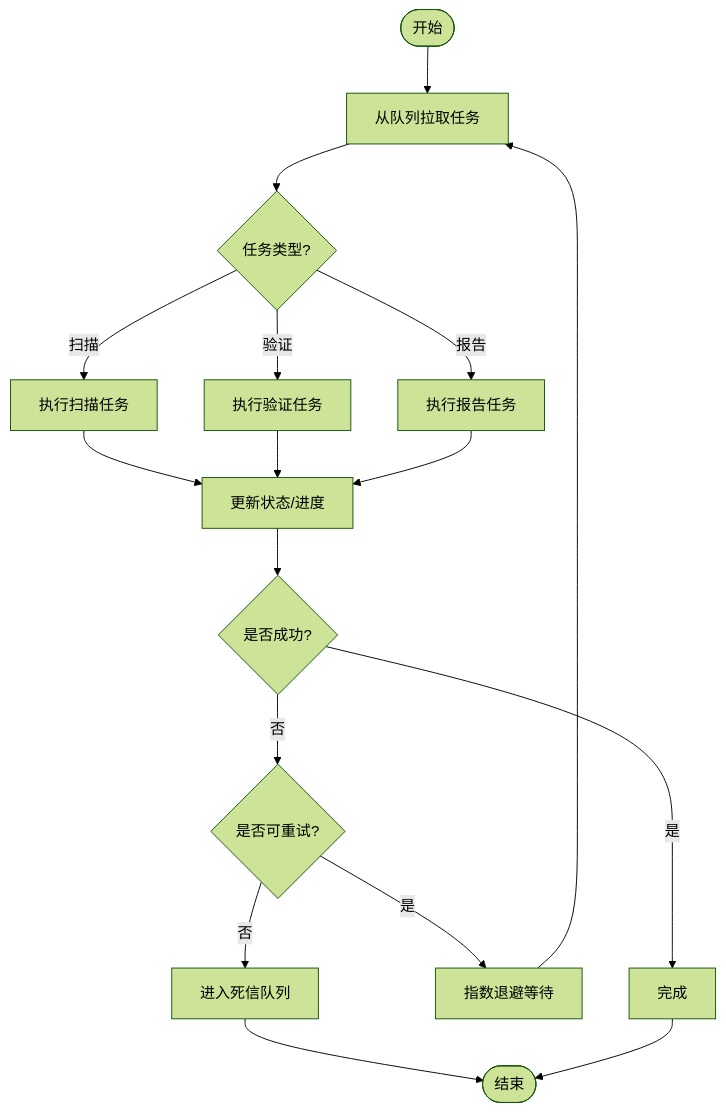
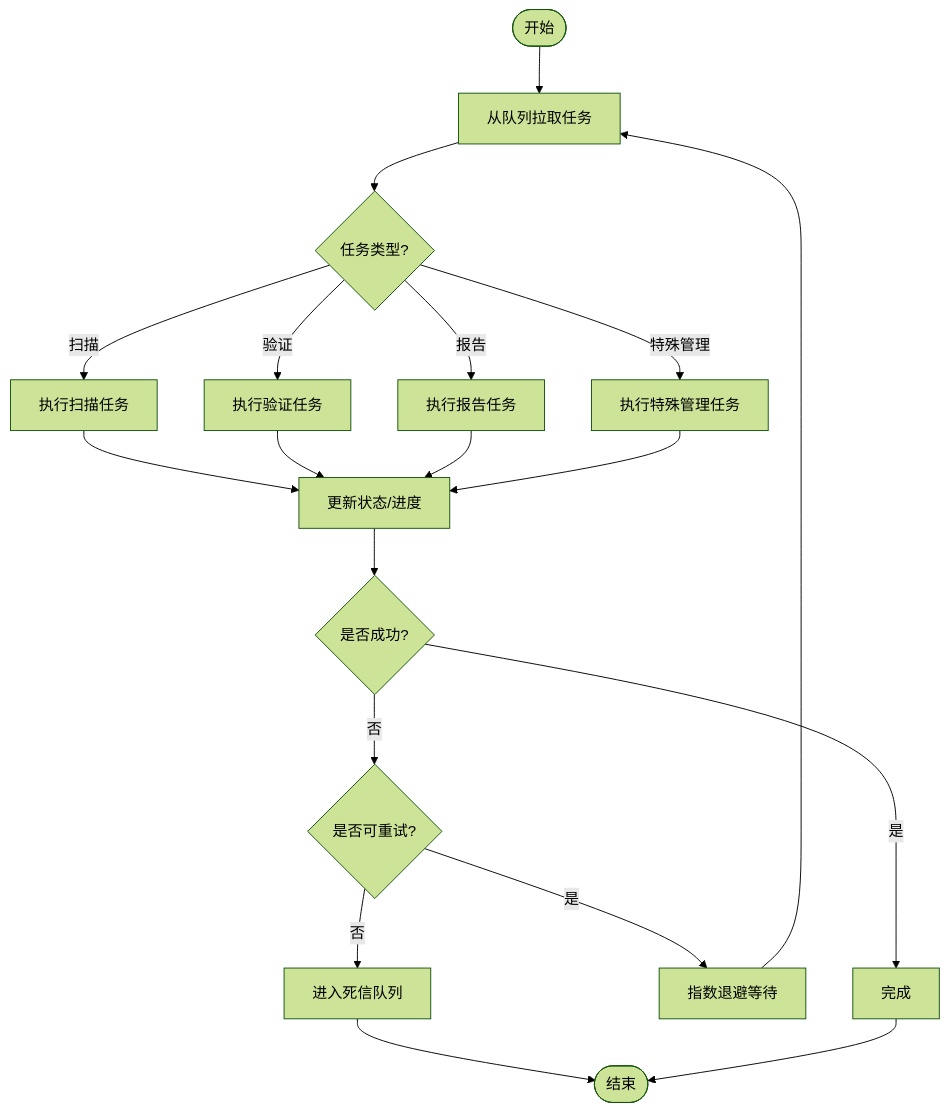
One commit to vu1Art1st/talos changed the fourth of 7 diagrams in .qoder/repowiki/zh/content/业务服务层/测试计划服务.md. Above: the diagram before and after it, drawn with Mermaid (forest theme). The commit also changed other lines of this file and 129 other files, not shown here.

````diff
--- a/.qoder/repowiki/zh/content/业务服务层/测试计划服务.md
+++ b/.qoder/repowiki/zh/content/业务服务层/测试计划服务.md
@@ -191,19 +229,21 @@
 ```mermaid
 flowchart TD
 Start(["开始"]) --> Pull["从队列拉取任务"]
 Pull --> Route{"任务类型?"}
 Route --> |扫描| ExecScan["执行扫描任务"]
 Route --> |验证| ExecVerify["执行验证任务"]
 Route --> |报告| ExecReport["执行报告任务"]
+Route --> |特殊管理| ExecSpecial["执行特殊管理任务"]
 ExecScan --> Update["更新状态/进度"]
 ExecVerify --> Update
 ExecReport --> Update
+ExecSpecial --> Update
 Update --> Next{"是否成功?"}
 Next --> |是| Done["完成"]
 Next --> |否| Retry{"是否可重试?"}
 Retry --> |是| Backoff["指数退避等待"]
 Backoff --> Pull
 Retry --> |否| DeadLetter["进入死信队列"]
 DeadLetter --> End(["结束"])
 Done --> End
 ```
````
